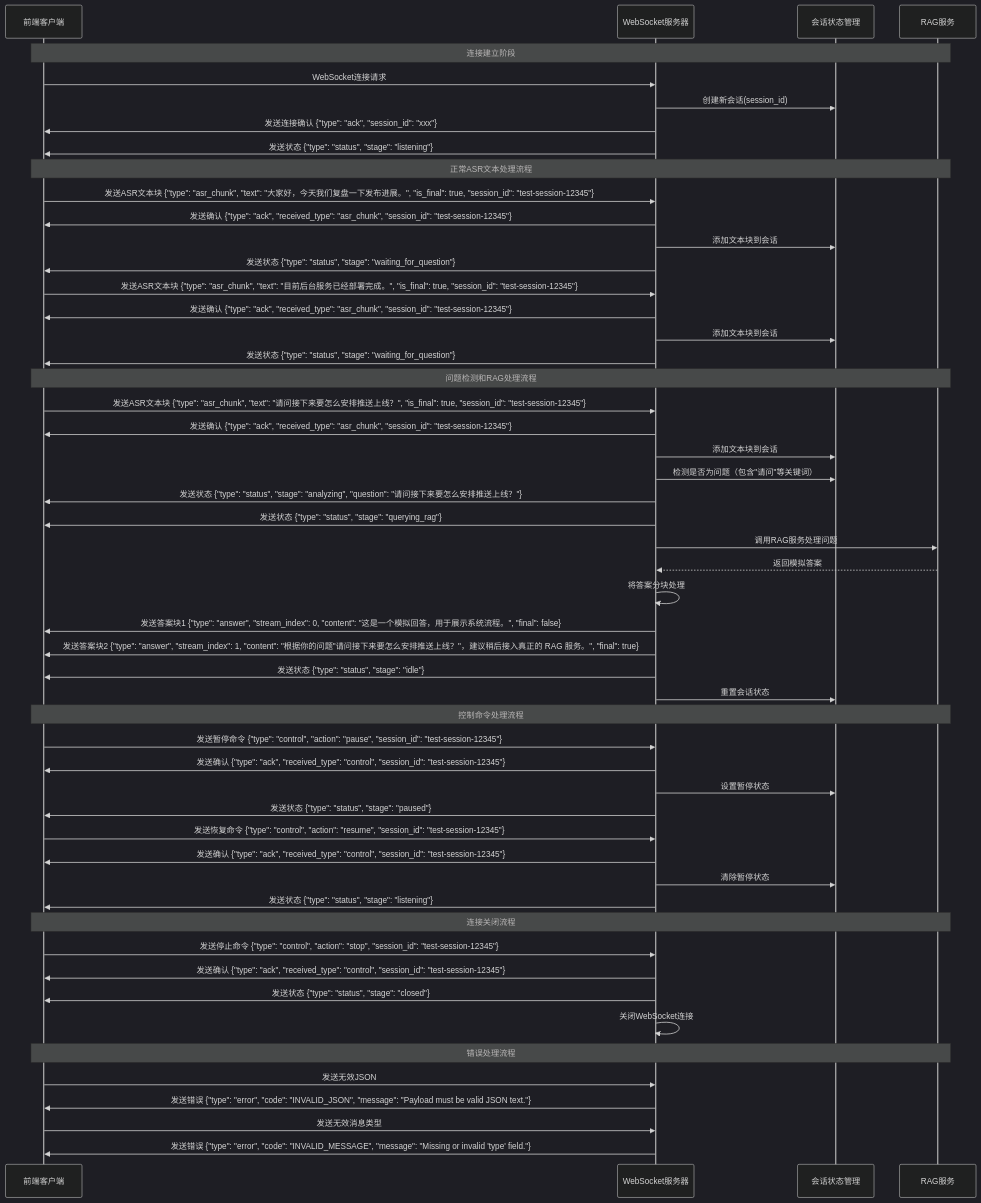
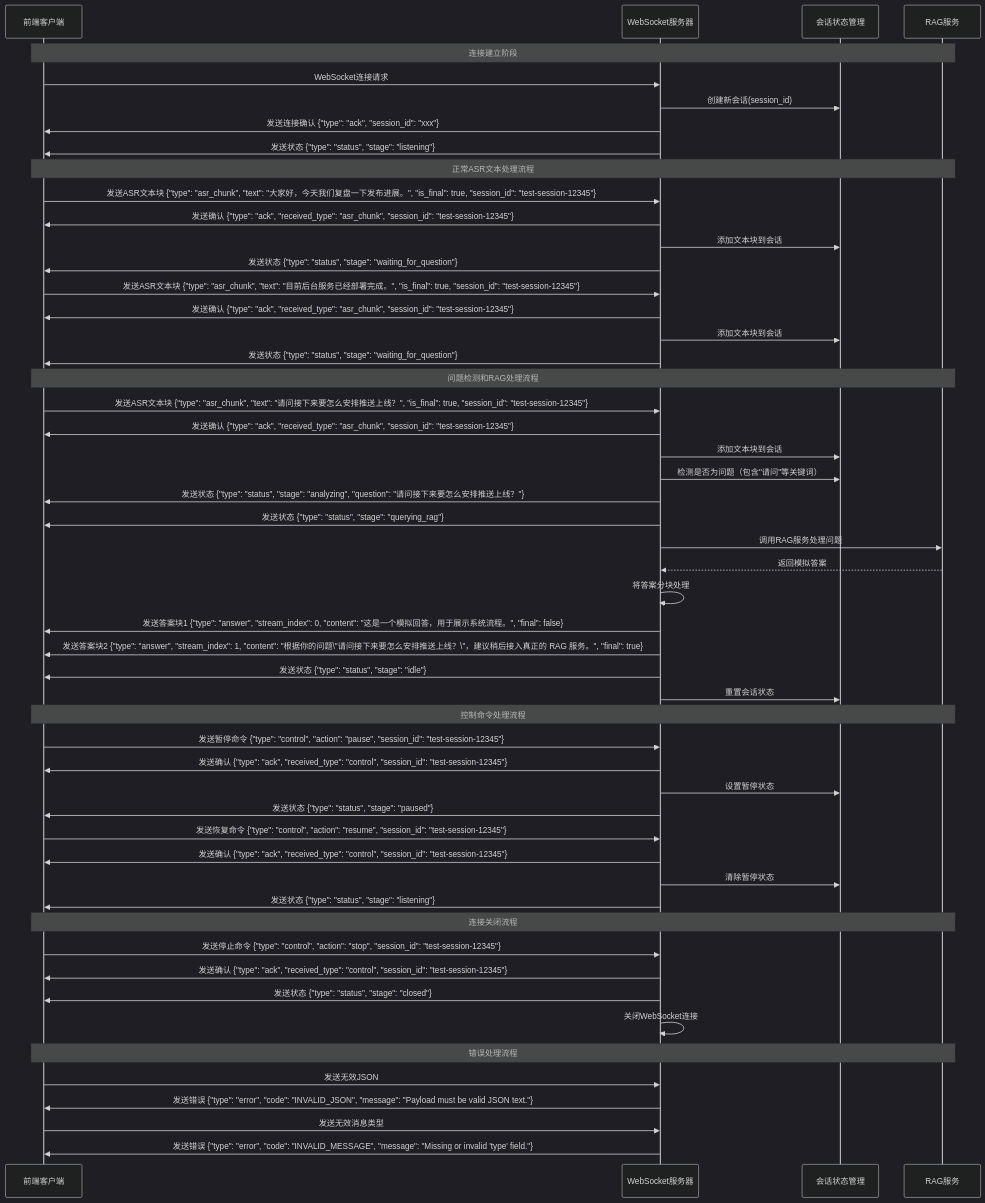
One commit to fxp/realtime-rag changed the diagram in sequence_diagram.md. Above: the diagram before and after it, drawn with Mermaid (dark theme). The commit also changed 7 other files, not shown here.

````diff
--- a/sequence_diagram.md
+++ b/sequence_diagram.md
@@ -12,63 +12,63 @@
 ```mermaid
 sequenceDiagram
     participant Client as 前端客户端
     participant WS as WebSocket服务器
     participant Session as 会话状态管理
     participant RAG as RAG服务
 
     Note over Client, RAG: 连接建立阶段
     Client->>WS: WebSocket连接请求
     WS->>Session: 创建新会话(session_id)
     WS->>Client: 发送连接确认 {"type": "ack", "session_id": "xxx"}
     WS->>Client: 发送状态 {"type": "status", "stage": "listening"}
 
     Note over Client, RAG: 正常ASR文本处理流程
     Client->>WS: 发送ASR文本块 {"type": "asr_chunk", "text": "大家好，今天我们复盘一下发布进展。", "is_final": true, "session_id": "test-session-12345"}
     WS->>Client: 发送确认 {"type": "ack", "received_type": "asr_chunk", "session_id": "test-session-12345"}
     WS->>Session: 添加文本块到会话
     WS->>Client: 发送状态 {"type": "status", "stage": "waiting_for_question"}
 
     Client->>WS: 发送ASR文本块 {"type": "asr_chunk", "text": "目前后台服务已经部署完成。", "is_final": true, "session_id": "test-session-12345"}
     WS->>Client: 发送确认 {"type": "ack", "received_type": "asr_chunk", "session_id": "test-session-12345"}
     WS->>Session: 添加文本块到会话
     WS->>Client: 发送状态 {"type": "status", "stage": "waiting_for_question"}
 
     Note over Client, RAG: 问题检测和RAG处理流程
     Client->>WS: 发送ASR文本块 {"type": "asr_chunk", "text": "请问接下来要怎么安排推送上线？", "is_final": true, "session_id": "test-session-12345"}
     WS->>Client: 发送确认 {"type": "ack", "received_type": "asr_chunk", "session_id": "test-session-12345"}
     WS->>Session: 添加文本块到会话
     WS->>Session: 检测是否为问题（包含"请问"等关键词）
     WS->>Client: 发送状态 {"type": "status", "stage": "analyzing", "question": "请问接下来要怎么安排推送上线？"}
     WS->>Client: 发送状态 {"type": "status", "stage": "querying_rag"}
     WS->>RAG: 调用RAG服务处理问题
     RAG-->>WS: 返回模拟答案
     WS->>WS: 将答案分块处理
     WS->>Client: 发送答案块1 {"type": "answer", "stream_index": 0, "content": "这是一个模拟回答，用于展示系统流程。", "final": false}
-    WS->>Client: 发送答案块2 {"type": "answer", "stream_index": 1, "content": "根据你的问题"请问接下来要怎么安排推送上线？"，建议稍后接入真正的 RAG 服务。", "final": true}
+    WS->>Client: 发送答案块2 {"type": "answer", "stream_index": 1, "content": "根据你的问题\"请问接下来要怎么安排推送上线？\"，建议稍后接入真正的 RAG 服务。", "final": true}
     WS->>Client: 发送状态 {"type": "status", "stage": "idle"}
     WS->>Session: 重置会话状态
 
     Note over Client, RAG: 控制命令处理流程
     Client->>WS: 发送暂停命令 {"type": "control", "action": "pause", "session_id": "test-session-12345"}
     WS->>Client: 发送确认 {"type": "ack", "received_type": "control", "session_id": "test-session-12345"}
     WS->>Session: 设置暂停状态
     WS->>Client: 发送状态 {"type": "status", "stage": "paused"}
 
     Client->>WS: 发送恢复命令 {"type": "control", "action": "resume", "session_id": "test-session-12345"}
     WS->>Client: 发送确认 {"type": "ack", "received_type": "control", "session_id": "test-session-12345"}
     WS->>Session: 清除暂停状态
     WS->>Client: 发送状态 {"type": "status", "stage": "listening"}
 
     Note over Client, RAG: 连接关闭流程
     Client->>WS: 发送停止命令 {"type": "control", "action": "stop", "session_id": "test-session-12345"}
     WS->>Client: 发送确认 {"type": "ack", "received_type": "control", "session_id": "test-session-12345"}
     WS->>Client: 发送状态 {"type": "status", "stage": "closed"}
     WS->>WS: 关闭WebSocket连接
 
     Note over Client, RAG: 错误处理流程
     Client->>WS: 发送无效JSON
     WS->>Client: 发送错误 {"type": "error", "code": "INVALID_JSON", "message": "Payload must be valid JSON text."}
 
     Client->>WS: 发送无效消息类型
     WS->>Client: 发送错误 {"type": "error", "code": "INVALID_MESSAGE", "message": "Missing or invalid 'type' field."}
 ```
````
